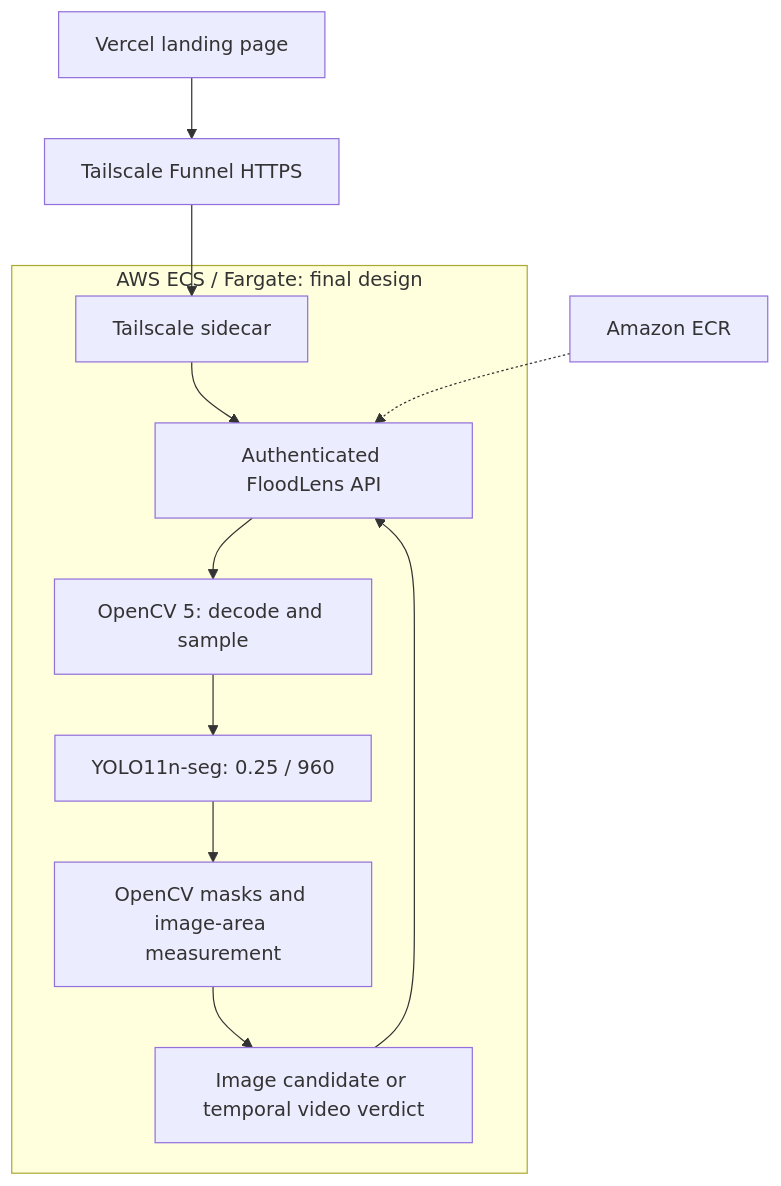
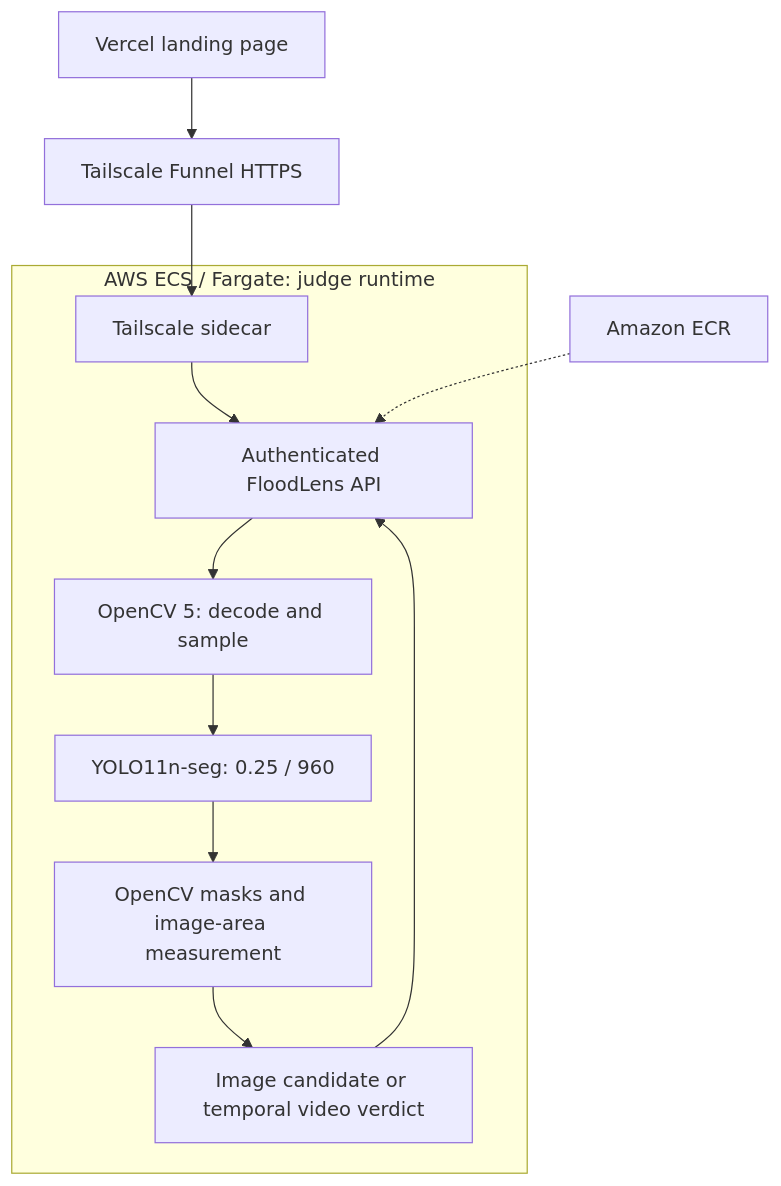
Before and after one commit to joa0lucassi/floodlens-ai: the diagram in docs/competition_technical_report_draft.md, drawn with Mermaid. The commit also changed other lines of this file and 5 other files, not shown here.

````diff
--- a/docs/competition_technical_report_draft.md
+++ b/docs/competition_technical_report_draft.md
@@ -31,14 +31,14 @@
 ```mermaid
 flowchart TB
     Landing["Vercel landing page"] --> Funnel["Tailscale Funnel HTTPS"]
-    subgraph AWS["AWS ECS / Fargate: final design"]
+    subgraph AWS["AWS ECS / Fargate: judge runtime"]
       Sidecar["Tailscale sidecar"] --> API["Authenticated FloodLens API"]
       API --> Decode["OpenCV 5: decode and sample"]
       Decode --> Model["YOLO11n-seg: 0.25 / 960"]
       Model --> Mask["OpenCV masks and image-area measurement"]
       Mask --> Decision["Image candidate or temporal video verdict"]
       Decision --> API
     end
     Funnel --> Sidecar
     ECR["Amazon ECR"] -.-> API
 ```
````
